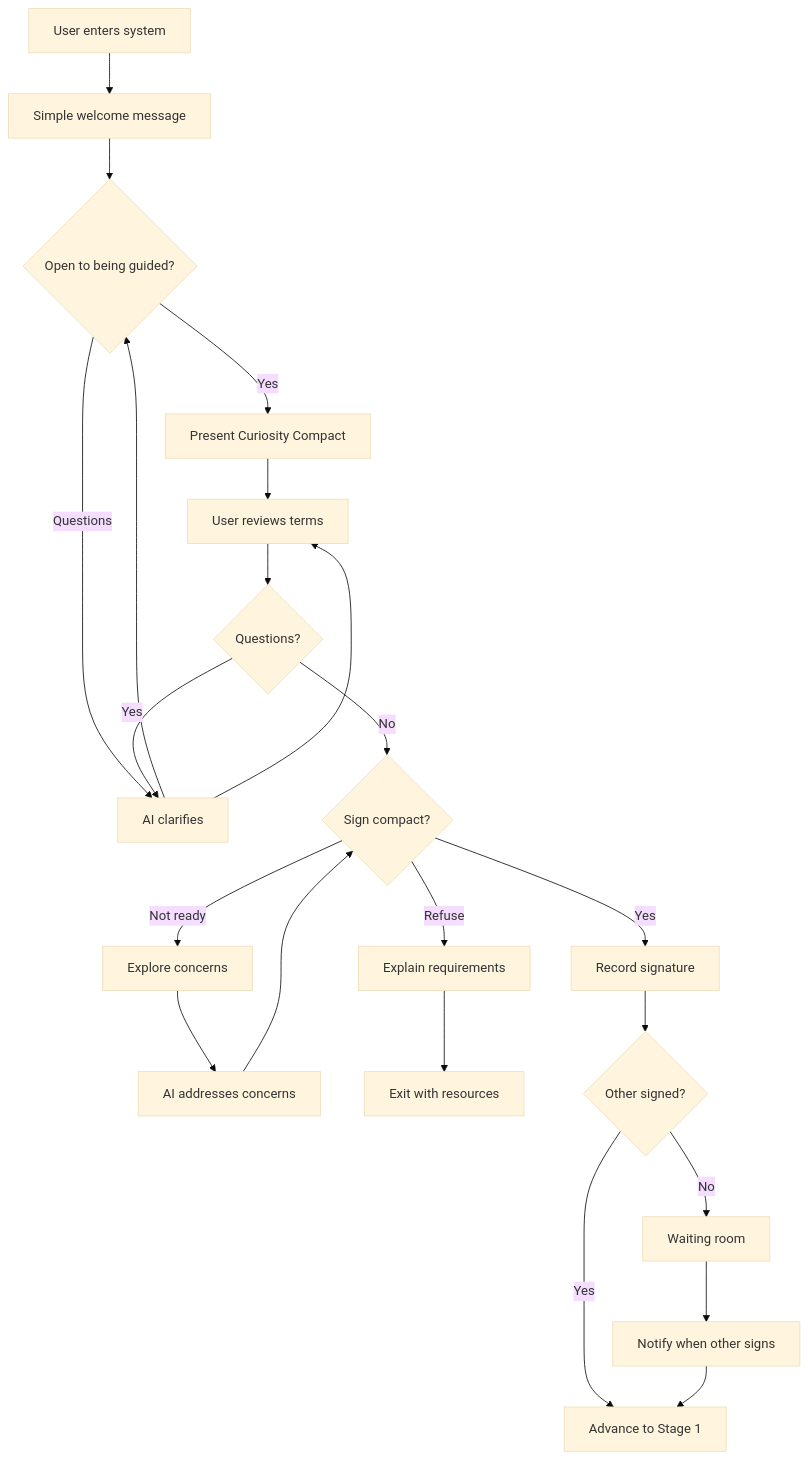
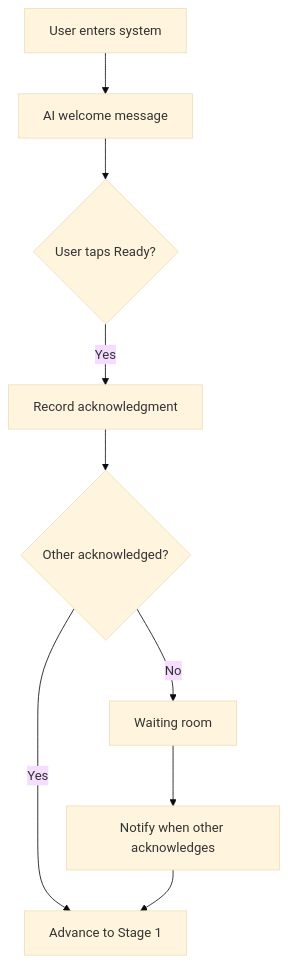
One commit to shantamg/meet-without-fear changed the first of 2 diagrams in docs/product/stages/stage-0-onboarding.md. Above: the diagram before and after it, drawn with Mermaid (base theme). The commit also changed other lines of this file and 10 other files, not shown here.

First line of the commit message:
feat: replace Curiosity Compact with brief warm opening framing (#164)

````diff
--- a/docs/product/stages/stage-0-onboarding.md
+++ b/docs/product/stages/stage-0-onboarding.md
@@ -33,28 +36,12 @@
 ```mermaid
 flowchart TD
-    Entry[User enters system] --> Welcome[Simple welcome message]
-    Welcome --> Consent{Open to being guided?}
-    Consent -->|Yes| Compact[Present Curiosity Compact]
-    Consent -->|Questions| Clarify[AI answers questions]
-    Clarify --> Consent
+    Entry[User enters system] --> Welcome[AI welcome message]
+    Welcome --> Ready{User taps Ready?}
+    Ready -->|Yes| Acknowledged[Record acknowledgment]
 
-    Compact --> Review[User reviews terms]
-    Review --> Questions{Questions?}
-    Questions -->|Yes| Clarify[AI clarifies]
-    Clarify --> Review
-    Questions -->|No| Decision{Sign compact?}
-
-    Decision -->|Yes| Signed[Record signature]
-    Decision -->|Not ready| Concerns[Explore concerns]
-    Decision -->|Refuse| CannotProceed[Explain requirements]
-
-    Concerns --> Address[AI addresses concerns]
-    Address --> Decision
-    CannotProceed --> Exit[Exit with resources]
-
-    Signed --> WaitOther{Other signed?}
+    Acknowledged --> WaitOther{Other acknowledged?}
     WaitOther -->|Yes| Advance[Advance to Stage 1]
     WaitOther -->|No| Wait[Waiting room]
-    Wait --> Notify[Notify when other signs]
+    Wait --> Notify[Notify when other acknowledges]
     Notify --> Advance
 ```
````
